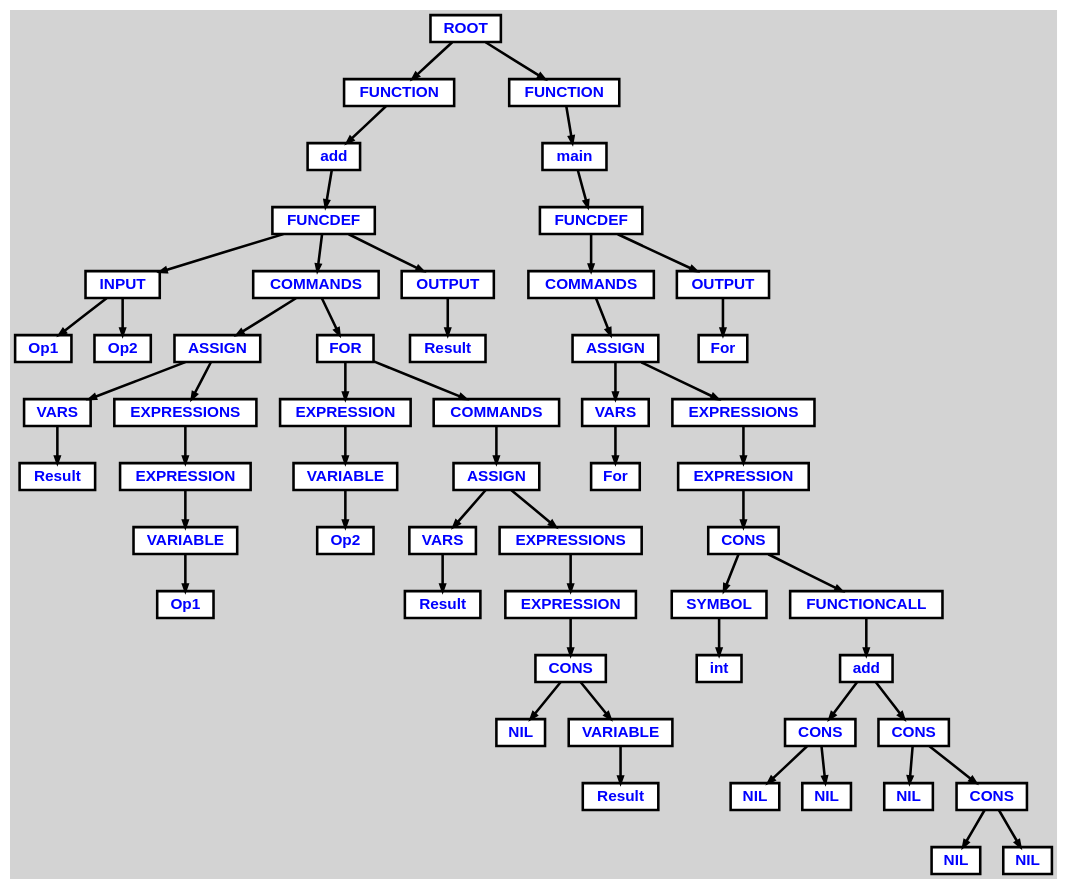
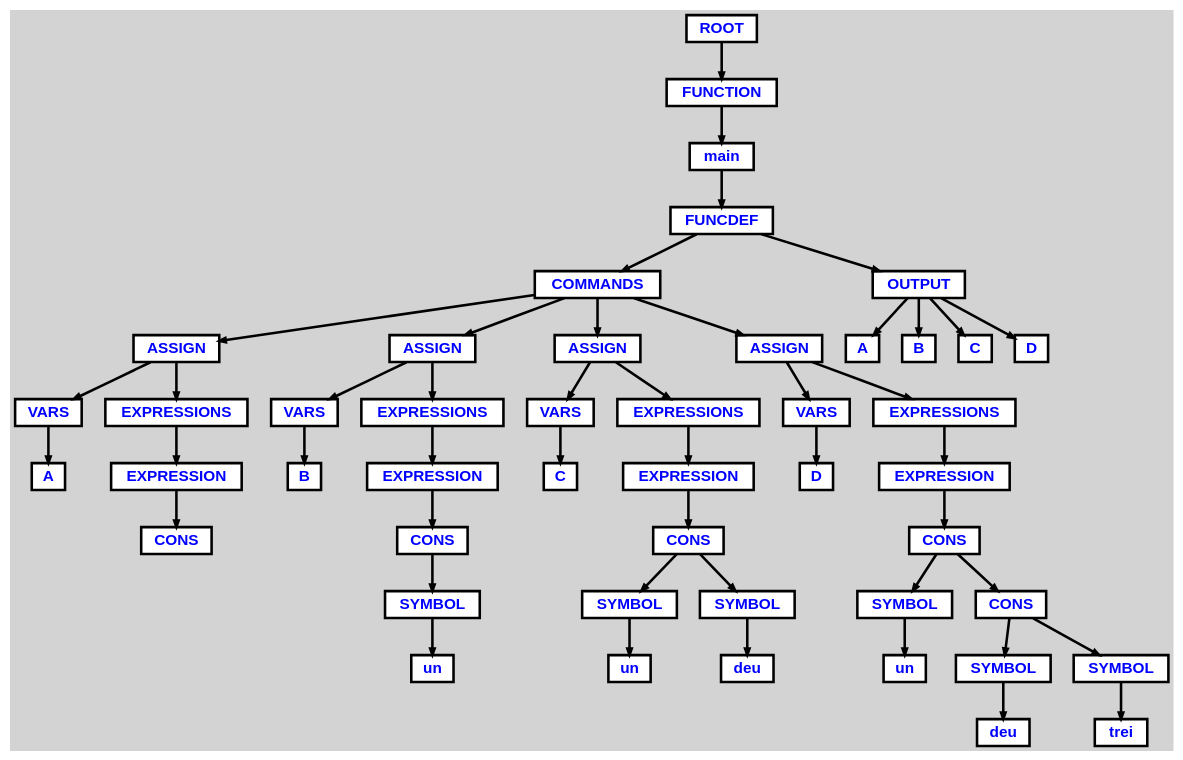
The diagram in ast.dot (salahbdg/Zebla3), drawn with Graphviz before and after one commit. The commit also changed 13 other files, not shown here.

```diff
--- a/ast.dot
+++ b/ast.dot
@@ -1,157 +1,135 @@
 digraph {
 
 	ordering=out;
 	ranksep=.4;
 	bgcolor="lightgrey"; node [shape=box, fixedsize=false, fontsize=12, fontname="Helvetica-bold", fontcolor="blue"
 		width=.25, height=.25, color="black", fillcolor="white", style="filled, solid, bold"];
 	edge [arrowsize=.5, color="black", style="bold"]
 
   n0 [label="ROOT"];
   n1 [label="FUNCTION"];
   n1 [label="FUNCTION"];
-  n2 [label="add"];
-  n2 [label="add"];
+  n2 [label="main"];
+  n2 [label="main"];
   n3 [label="FUNCDEF"];
   n3 [label="FUNCDEF"];
-  n4 [label="INPUT"];
-  n4 [label="INPUT"];
-  n5 [label="Op1"];
-  n6 [label="Op2"];
-  n7 [label="COMMANDS"];
-  n7 [label="COMMANDS"];
-  n8 [label="ASSIGN"];
-  n8 [label="ASSIGN"];
-  n9 [label="VARS"];
-  n9 [label="VARS"];
-  n10 [label="Result"];
-  n11 [label="EXPRESSIONS"];
-  n11 [label="EXPRESSIONS"];
-  n12 [label="EXPRESSION"];
-  n12 [label="EXPRESSION"];
-  n13 [label="VARIABLE"];
-  n13 [label="VARIABLE"];
-  n14 [label="Op1"];
-  n15 [label="FOR"];
-  n15 [label="FOR"];
-  n16 [label="EXPRESSION"];
-  n16 [label="EXPRESSION"];
-  n17 [label="VARIABLE"];
-  n17 [label="VARIABLE"];
-  n18 [label="Op2"];
-  n19 [label="COMMANDS"];
-  n19 [label="COMMANDS"];
-  n20 [label="ASSIGN"];
-  n20 [label="ASSIGN"];
-  n21 [label="VARS"];
-  n21 [label="VARS"];
-  n22 [label="Result"];
-  n23 [label="EXPRESSIONS"];
-  n23 [label="EXPRESSIONS"];
-  n24 [label="EXPRESSION"];
-  n24 [label="EXPRESSION"];
-  n25 [label="CONS"];
-  n25 [label="CONS"];
-  n26 [label="NIL"];
-  n27 [label="VARIABLE"];
-  n27 [label="VARIABLE"];
-  n28 [label="Result"];
-  n29 [label="OUTPUT"];
-  n29 [label="OUTPUT"];
-  n30 [label="Result"];
-  n31 [label="FUNCTION"];
-  n31 [label="FUNCTION"];
-  n32 [label="main"];
-  n32 [label="main"];
-  n33 [label="FUNCDEF"];
-  n33 [label="FUNCDEF"];
-  n34 [label="COMMANDS"];
-  n34 [label="COMMANDS"];
-  n35 [label="ASSIGN"];
-  n35 [label="ASSIGN"];
-  n36 [label="VARS"];
-  n36 [label="VARS"];
-  n37 [label="For"];
-  n38 [label="EXPRESSIONS"];
-  n38 [label="EXPRESSIONS"];
-  n39 [label="EXPRESSION"];
-  n39 [label="EXPRESSION"];
-  n40 [label="CONS"];
-  n40 [label="CONS"];
-  n41 [label="SYMBOL"];
-  n41 [label="SYMBOL"];
-  n42 [label="int"];
-  n43 [label="FUNCTIONCALL"];
-  n43 [label="FUNCTIONCALL"];
-  n44 [label="add"];
-  n44 [label="add"];
-  n45 [label="CONS"];
-  n45 [label="CONS"];
-  n46 [label="NIL"];
-  n47 [label="NIL"];
-  n48 [label="CONS"];
-  n48 [label="CONS"];
-  n49 [label="NIL"];
-  n50 [label="CONS"];
-  n50 [label="CONS"];
-  n51 [label="NIL"];
-  n52 [label="NIL"];
-  n53 [label="OUTPUT"];
-  n53 [label="OUTPUT"];
-  n54 [label="For"];
+  n4 [label="COMMANDS"];
+  n4 [label="COMMANDS"];
+  n5 [label="ASSIGN"];
+  n5 [label="ASSIGN"];
+  n6 [label="VARS"];
+  n6 [label="VARS"];
+  n7 [label="A"];
+  n8 [label="EXPRESSIONS"];
+  n8 [label="EXPRESSIONS"];
+  n9 [label="EXPRESSION"];
+  n9 [label="EXPRESSION"];
+  n10 [label="CONS"];
+  n11 [label="ASSIGN"];
+  n11 [label="ASSIGN"];
+  n12 [label="VARS"];
+  n12 [label="VARS"];
+  n13 [label="B"];
+  n14 [label="EXPRESSIONS"];
+  n14 [label="EXPRESSIONS"];
+  n15 [label="EXPRESSION"];
+  n15 [label="EXPRESSION"];
+  n16 [label="CONS"];
+  n16 [label="CONS"];
+  n17 [label="SYMBOL"];
+  n17 [label="SYMBOL"];
+  n18 [label="un"];
+  n19 [label="ASSIGN"];
+  n19 [label="ASSIGN"];
+  n20 [label="VARS"];
+  n20 [label="VARS"];
+  n21 [label="C"];
+  n22 [label="EXPRESSIONS"];
+  n22 [label="EXPRESSIONS"];
+  n23 [label="EXPRESSION"];
+  n23 [label="EXPRESSION"];
+  n24 [label="CONS"];
+  n24 [label="CONS"];
+  n25 [label="SYMBOL"];
+  n25 [label="SYMBOL"];
+  n26 [label="un"];
+  n27 [label="SYMBOL"];
+  n27 [label="SYMBOL"];
+  n28 [label="deu"];
+  n29 [label="ASSIGN"];
+  n29 [label="ASSIGN"];
+  n30 [label="VARS"];
+  n30 [label="VARS"];
+  n31 [label="D"];
+  n32 [label="EXPRESSIONS"];
+  n32 [label="EXPRESSIONS"];
+  n33 [label="EXPRESSION"];
+  n33 [label="EXPRESSION"];
+  n34 [label="CONS"];
+  n34 [label="CONS"];
+  n35 [label="SYMBOL"];
+  n35 [label="SYMBOL"];
+  n36 [label="un"];
+  n37 [label="CONS"];
+  n37 [label="CONS"];
+  n38 [label="SYMBOL"];
+  n38 [label="SYMBOL"];
+  n39 [label="deu"];
+  n40 [label="SYMBOL"];
+  n40 [label="SYMBOL"];
+  n41 [label="trei"];
+  n42 [label="OUTPUT"];
+  n42 [label="OUTPUT"];
+  n43 [label="A"];
+  n44 [label="B"];
+  n45 [label="C"];
+  n46 [label="D"];
 
   n0 -> n1 // "ROOT" -> "FUNCTION"
-  n1 -> n2 // "FUNCTION" -> "add"
-  n2 -> n3 // "add" -> "FUNCDEF"
-  n3 -> n4 // "FUNCDEF" -> "INPUT"
-  n4 -> n5 // "INPUT" -> "Op1"
-  n4 -> n6 // "INPUT" -> "Op2"
-  n3 -> n7 // "FUNCDEF" -> "COMMANDS"
-  n7 -> n8 // "COMMANDS" -> "ASSIGN"
-  n8 -> n9 // "ASSIGN" -> "VARS"
-  n9 -> n10 // "VARS" -> "Result"
-  n8 -> n11 // "ASSIGN" -> "EXPRESSIONS"
-  n11 -> n12 // "EXPRESSIONS" -> "EXPRESSION"
-  n12 -> n13 // "EXPRESSION" -> "VARIABLE"
-  n13 -> n14 // "VARIABLE" -> "Op1"
-  n7 -> n15 // "COMMANDS" -> "FOR"
-  n15 -> n16 // "FOR" -> "EXPRESSION"
-  n16 -> n17 // "EXPRESSION" -> "VARIABLE"
-  n17 -> n18 // "VARIABLE" -> "Op2"
-  n15 -> n19 // "FOR" -> "COMMANDS"
-  n19 -> n20 // "COMMANDS" -> "ASSIGN"
-  n20 -> n21 // "ASSIGN" -> "VARS"
-  n21 -> n22 // "VARS" -> "Result"
-  n20 -> n23 // "ASSIGN" -> "EXPRESSIONS"
-  n23 -> n24 // "EXPRESSIONS" -> "EXPRESSION"
-  n24 -> n25 // "EXPRESSION" -> "CONS"
-  n25 -> n26 // "CONS" -> "NIL"
-  n25 -> n27 // "CONS" -> "VARIABLE"
-  n27 -> n28 // "VARIABLE" -> "Result"
-  n3 -> n29 // "FUNCDEF" -> "OUTPUT"
-  n29 -> n30 // "OUTPUT" -> "Result"
-  n0 -> n31 // "ROOT" -> "FUNCTION"
-  n31 -> n32 // "FUNCTION" -> "main"
-  n32 -> n33 // "main" -> "FUNCDEF"
-  n33 -> n34 // "FUNCDEF" -> "COMMANDS"
-  n34 -> n35 // "COMMANDS" -> "ASSIGN"
-  n35 -> n36 // "ASSIGN" -> "VARS"
-  n36 -> n37 // "VARS" -> "For"
-  n35 -> n38 // "ASSIGN" -> "EXPRESSIONS"
-  n38 -> n39 // "EXPRESSIONS" -> "EXPRESSION"
-  n39 -> n40 // "EXPRESSION" -> "CONS"
-  n40 -> n41 // "CONS" -> "SYMBOL"
-  n41 -> n42 // "SYMBOL" -> "int"
-  n40 -> n43 // "CONS" -> "FUNCTIONCALL"
-  n43 -> n44 // "FUNCTIONCALL" -> "add"
-  n44 -> n45 // "add" -> "CONS"
-  n45 -> n46 // "CONS" -> "NIL"
-  n45 -> n47 // "CONS" -> "NIL"
-  n44 -> n48 // "add" -> "CONS"
-  n48 -> n49 // "CONS" -> "NIL"
-  n48 -> n50 // "CONS" -> "CONS"
-  n50 -> n51 // "CONS" -> "NIL"
-  n50 -> n52 // "CONS" -> "NIL"
-  n33 -> n53 // "FUNCDEF" -> "OUTPUT"
-  n53 -> n54 // "OUTPUT" -> "For"
+  n1 -> n2 // "FUNCTION" -> "main"
+  n2 -> n3 // "main" -> "FUNCDEF"
+  n3 -> n4 // "FUNCDEF" -> "COMMANDS"
+  n4 -> n5 // "COMMANDS" -> "ASSIGN"
+  n5 -> n6 // "ASSIGN" -> "VARS"
+  n6 -> n7 // "VARS" -> "A"
+  n5 -> n8 // "ASSIGN" -> "EXPRESSIONS"
+  n8 -> n9 // "EXPRESSIONS" -> "EXPRESSION"
+  n9 -> n10 // "EXPRESSION" -> "CONS"
+  n4 -> n11 // "COMMANDS" -> "ASSIGN"
+  n11 -> n12 // "ASSIGN" -> "VARS"
+  n12 -> n13 // "VARS" -> "B"
+  n11 -> n14 // "ASSIGN" -> "EXPRESSIONS"
+  n14 -> n15 // "EXPRESSIONS" -> "EXPRESSION"
+  n15 -> n16 // "EXPRESSION" -> "CONS"
+  n16 -> n17 // "CONS" -> "SYMBOL"
+  n17 -> n18 // "SYMBOL" -> "un"
+  n4 -> n19 // "COMMANDS" -> "ASSIGN"
+  n19 -> n20 // "ASSIGN" -> "VARS"
+  n20 -> n21 // "VARS" -> "C"
+  n19 -> n22 // "ASSIGN" -> "EXPRESSIONS"
+  n22 -> n23 // "EXPRESSIONS" -> "EXPRESSION"
+  n23 -> n24 // "EXPRESSION" -> "CONS"
+  n24 -> n25 // "CONS" -> "SYMBOL"
+  n25 -> n26 // "SYMBOL" -> "un"
+  n24 -> n27 // "CONS" -> "SYMBOL"
+  n27 -> n28 // "SYMBOL" -> "deu"
+  n4 -> n29 // "COMMANDS" -> "ASSIGN"
+  n29 -> n30 // "ASSIGN" -> "VARS"
+  n30 -> n31 // "VARS" -> "D"
+  n29 -> n32 // "ASSIGN" -> "EXPRESSIONS"
+  n32 -> n33 // "EXPRESSIONS" -> "EXPRESSION"
+  n33 -> n34 // "EXPRESSION" -> "CONS"
+  n34 -> n35 // "CONS" -> "SYMBOL"
+  n35 -> n36 // "SYMBOL" -> "un"
+  n34 -> n37 // "CONS" -> "CONS"
+  n37 -> n38 // "CONS" -> "SYMBOL"
+  n38 -> n39 // "SYMBOL" -> "deu"
+  n37 -> n40 // "CONS" -> "SYMBOL"
+  n40 -> n41 // "SYMBOL" -> "trei"
+  n3 -> n42 // "FUNCDEF" -> "OUTPUT"
+  n42 -> n43 // "OUTPUT" -> "A"
+  n42 -> n44 // "OUTPUT" -> "B"
+  n42 -> n45 // "OUTPUT" -> "C"
+  n42 -> n46 // "OUTPUT" -> "D"
 
 }
```
